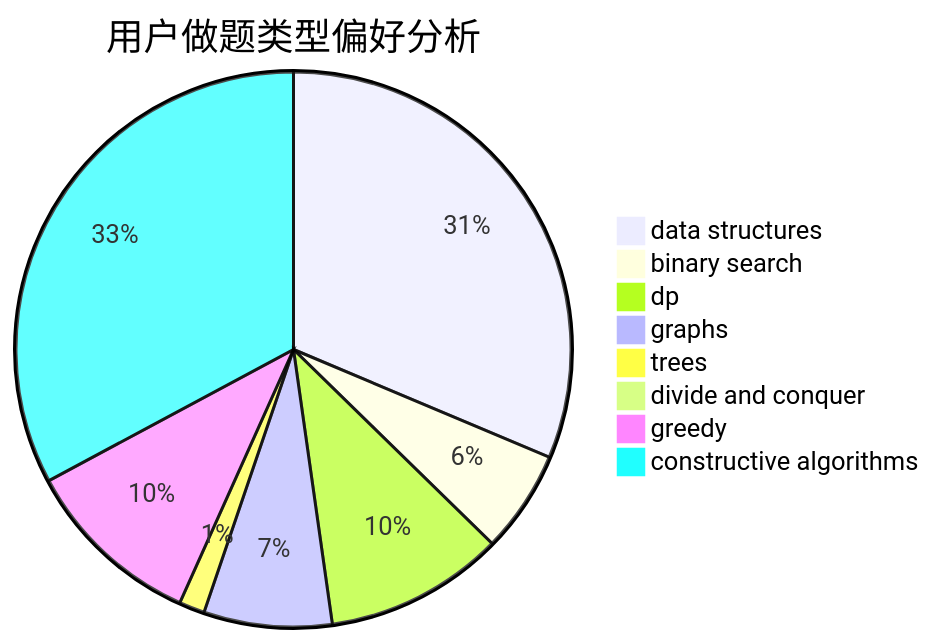
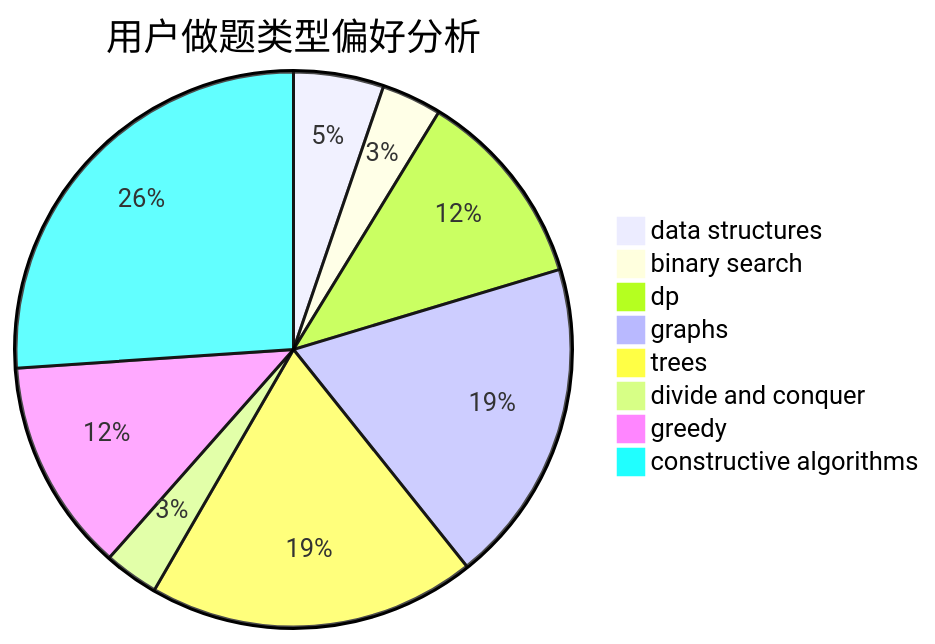
The second of 3 diagrams in docs/user/u906.md (sherpahu/cfrs.github.io), drawn with Mermaid before and after one commit. The commit also changed other lines of this file and 2770 other files, not shown here.

````diff
--- a/docs/user/u906.md
+++ b/docs/user/u906.md
@@ -23,11 +23,11 @@
 ```mermaid
 pie title 用户做题类型偏好分析
-    "data structures" :  21
-    "binary search" :  4
-    "dp" :  7
-    "graphs" :  5
-    "trees" :  1
-    "divide and conquer" :  0
-    "greedy" :  7
-    "constructive algorithms" :  22
+    "data structures" :  33
+    "binary search" :  22
+    "dp" :  73
+    "graphs" :  119
+    "trees" :  120
+    "divide and conquer" :  20
+    "greedy" :  78
+    "constructive algorithms" :  164
 ```
````
